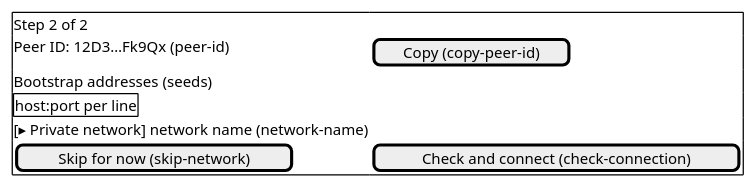
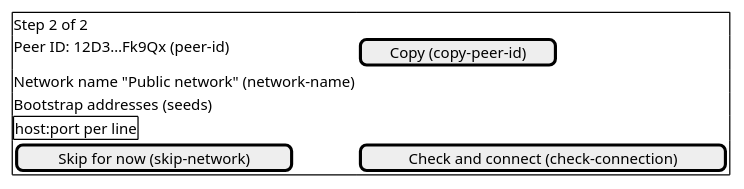
Before and after one commit to abbat/dyapp: the second of 14 diagrams in docs/design/desktop-screens.md, drawn with PlantUML. The commit also changed other lines of this file and 8 other files, not shown here.

````diff
--- a/docs/design/desktop-screens.md
+++ b/docs/design/desktop-screens.md
@@ -35,12 +35,12 @@
 ```plantuml
 @startsalt
 {+
 Step 2 of 2
 Peer ID: 12D3…Fk9Qx (peer-id) | [Copy (copy-peer-id)]
+Network name "Public network" (network-name)
 Bootstrap addresses (seeds)
 {+ host:port per line }
-[▸ Private network] network name (network-name)
 [Skip for now (skip-network)] | [Check and connect (check-connection)]
 }
 @endsalt
 ```
````
